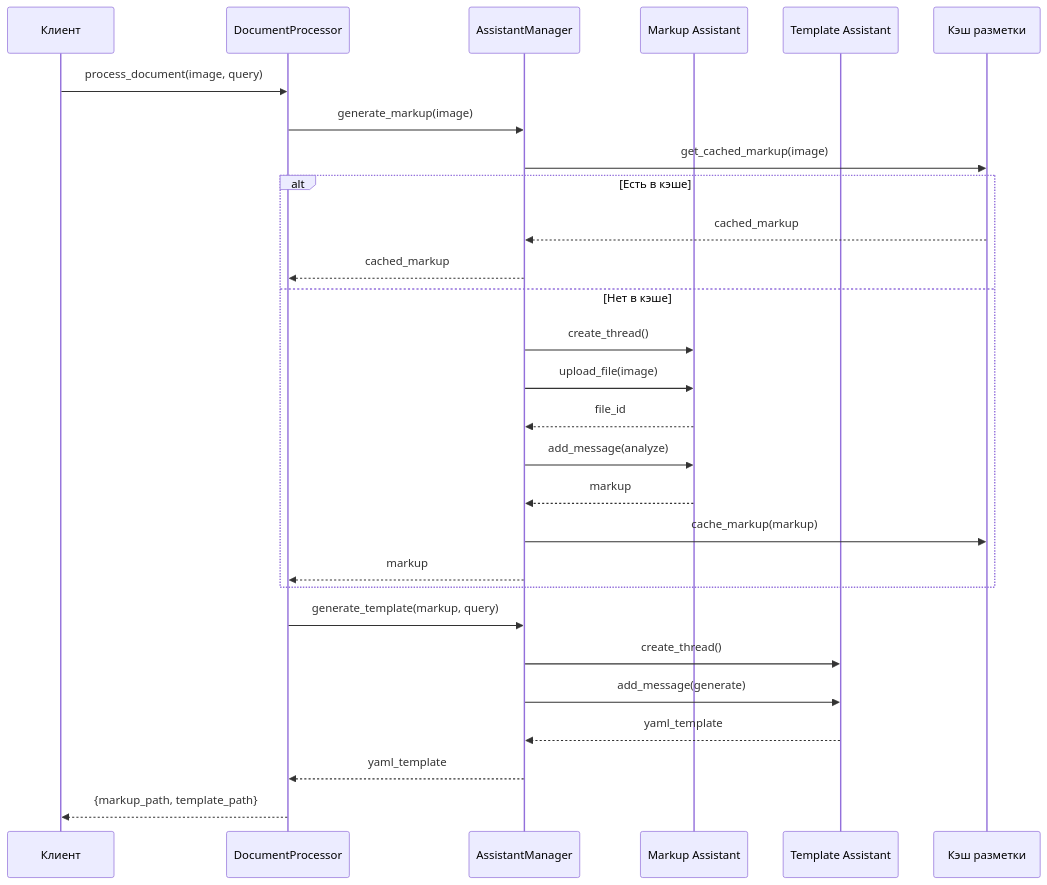
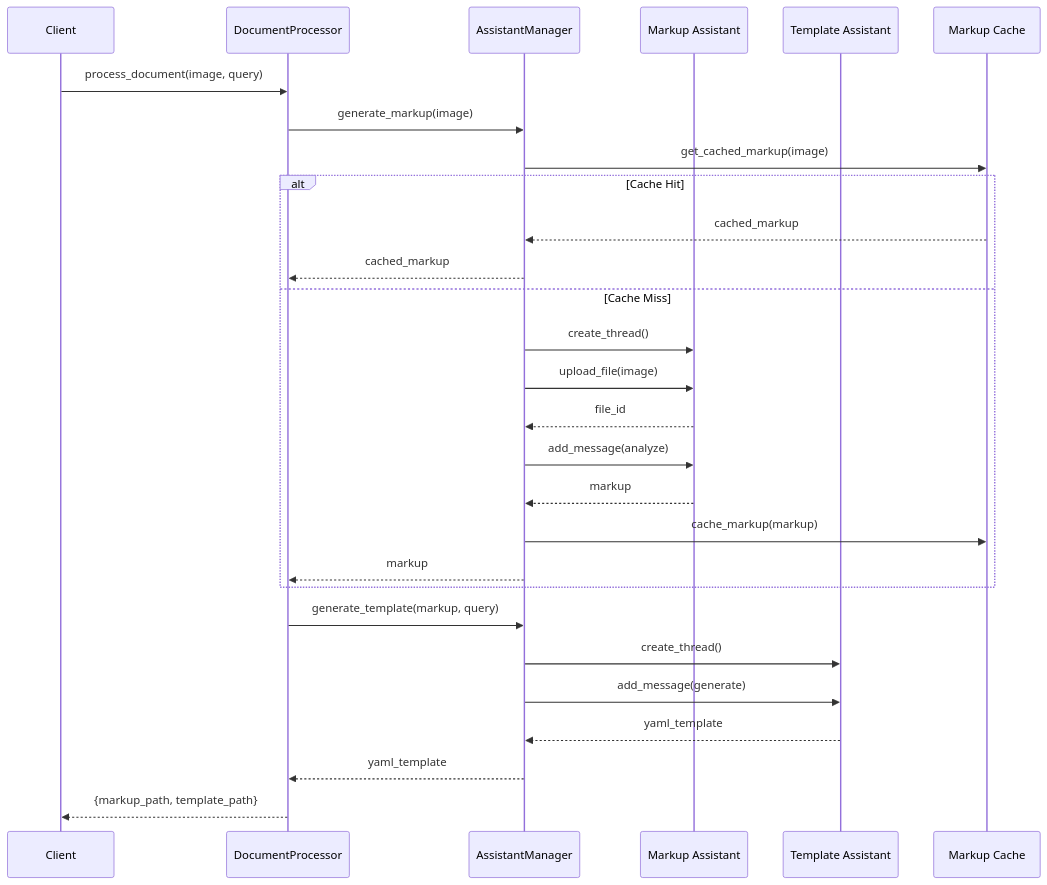
One commit to olegische/roro-tasks changed the third of 7 diagrams in docs-task/document_processor_v2/ARCHITECTURE.md. Above: the diagram before and after it, drawn with Mermaid. The commit also changed other lines of this file, not shown here.

````diff
--- a/docs-task/document_processor_v2/ARCHITECTURE.md
+++ b/docs-task/document_processor_v2/ARCHITECTURE.md
@@ -71,35 +71,35 @@
 ```mermaid
 sequenceDiagram
-    participant C as Клиент
+    participant C as Client
     participant DP as DocumentProcessor
     participant AM as AssistantManager
     participant MA as Markup Assistant
     participant TA as Template Assistant
-    participant Cache as Кэш разметки
+    participant Cache as Markup Cache
 
     C->>DP: process_document(image, query)
     
     DP->>AM: generate_markup(image)
     AM->>Cache: get_cached_markup(image)
     
-    alt Есть в кэше
+    alt Cache Hit
         Cache-->>AM: cached_markup
         AM-->>DP: cached_markup
-    else Нет в кэше
+    else Cache Miss
         AM->>MA: create_thread()
         AM->>MA: upload_file(image)
         MA-->>AM: file_id
         AM->>MA: add_message(analyze)
         MA-->>AM: markup
         AM->>Cache: cache_markup(markup)
         AM-->>DP: markup
     end
     
     DP->>AM: generate_template(markup, query)
     AM->>TA: create_thread()
     AM->>TA: add_message(generate)
     TA-->>AM: yaml_template
     AM-->>DP: yaml_template
     
     DP-->>C: {markup_path, template_path}
 ```
````
